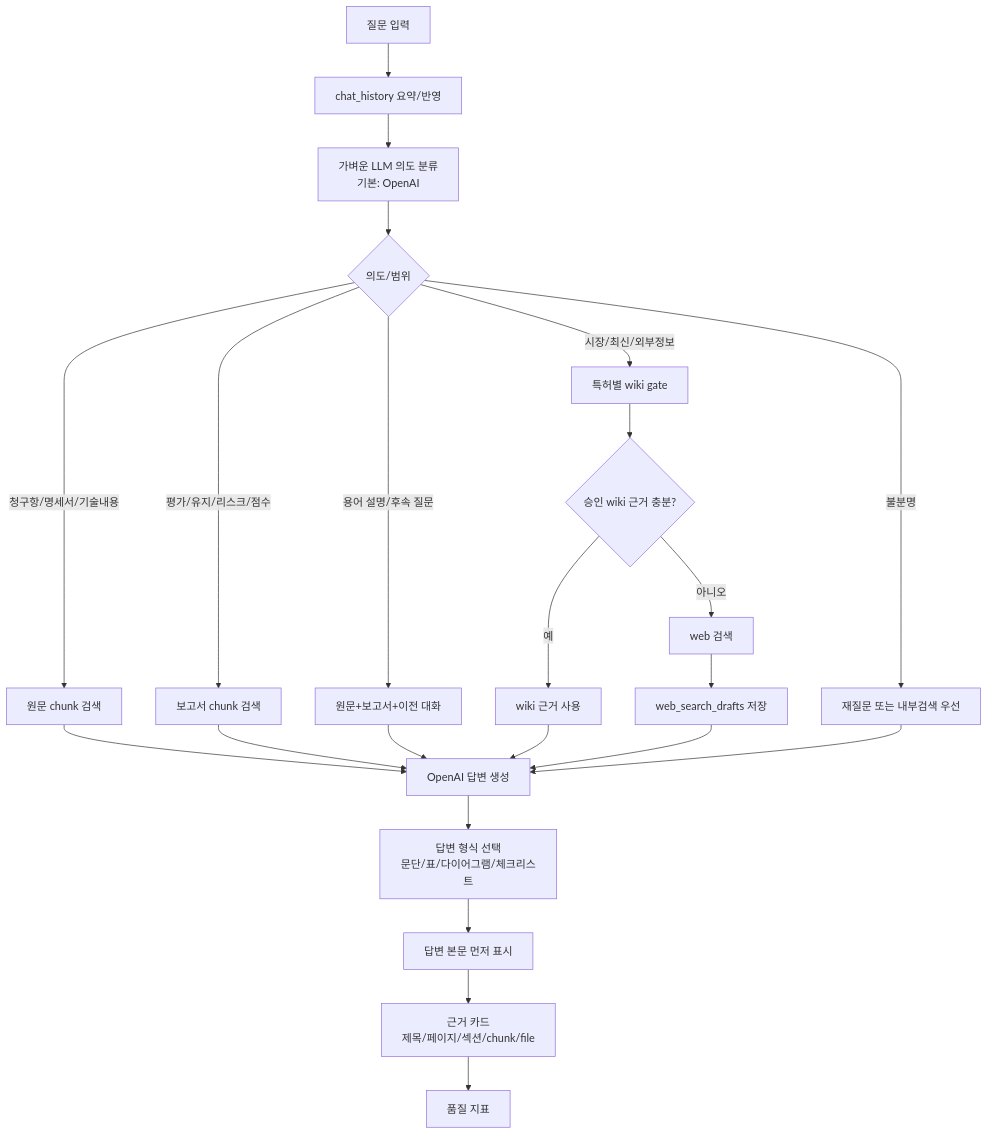
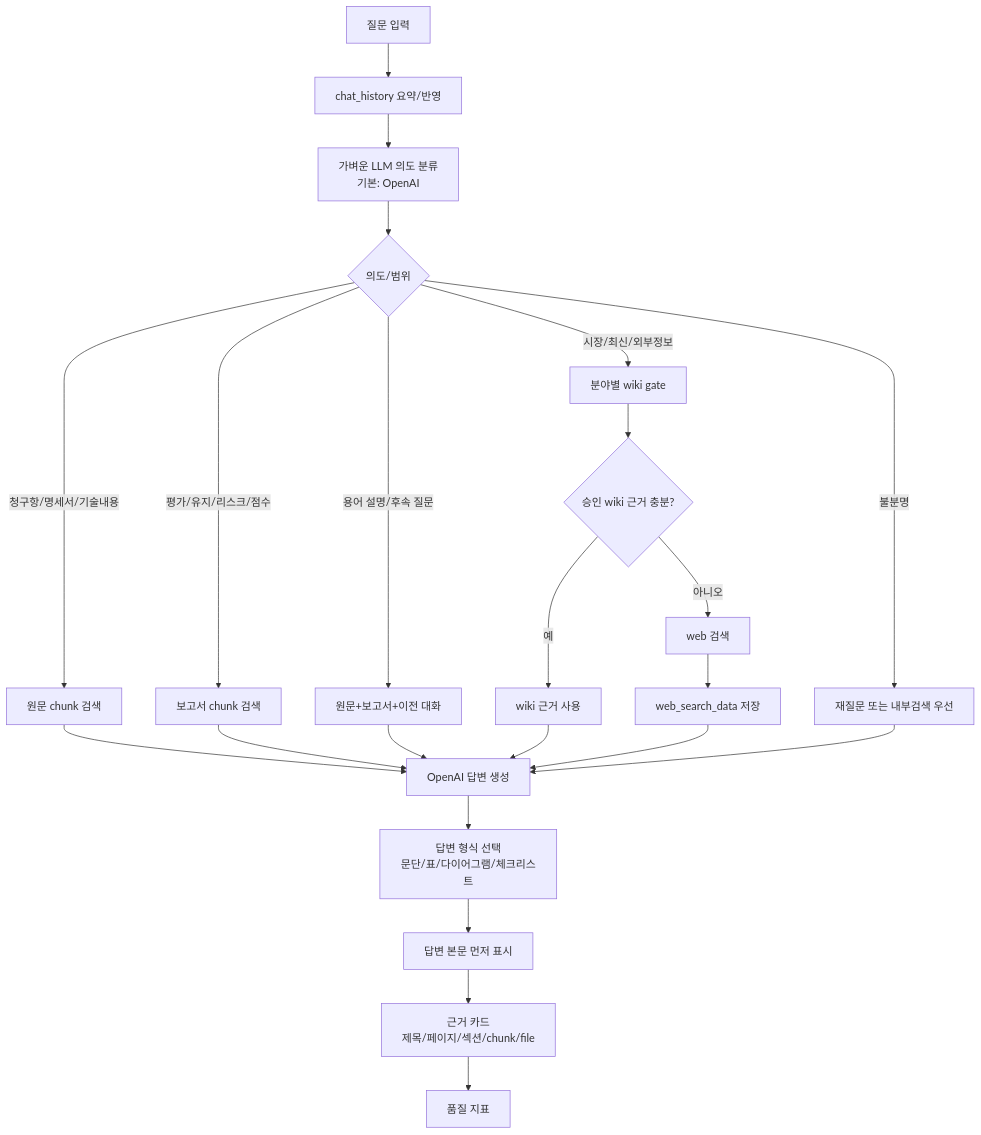
One commit to skipers/skipa-ai-server changed the second of 4 diagrams in chatbot/docs/CHATBOT_ARCHITECTURE_AND_USAGE.md. Above: the diagram before and after it, drawn with Mermaid. The commit also changed other lines of this file and 6 other files, not shown here.

````diff
--- a/chatbot/docs/CHATBOT_ARCHITECTURE_AND_USAGE.md
+++ b/chatbot/docs/CHATBOT_ARCHITECTURE_AND_USAGE.md
@@ -124,27 +137,27 @@
 ```mermaid
 flowchart TD
   Q[질문 입력] --> H[chat_history 요약/반영]
   H --> I[가벼운 LLM 의도 분류<br/>기본: OpenAI]
   I --> C{의도/범위}
   C -->|청구항/명세서/기술내용| CORE[원문 chunk 검색]
   C -->|평가/유지/리스크/점수| REPORT[보고서 chunk 검색]
   C -->|용어 설명/후속 질문| MIX[원문+보고서+이전 대화]
-  C -->|시장/최신/외부정보| WIKI[특허별 wiki gate]
+  C -->|시장/최신/외부정보| WIKI[분야별 wiki gate]
   C -->|불분명| CLARIFY[재질문 또는 내부검색 우선]
 
   WIKI --> WS{승인 wiki 근거 충분?}
   WS -->|예| WANS[wiki 근거 사용]
   WS -->|아니오| WEB[web 검색]
-  WEB --> DRAFT[web_search_drafts 저장]
+  WEB --> DRAFT[web_search_data 저장]
 
   CORE --> GEN[OpenAI 답변 생성]
   REPORT --> GEN
   MIX --> GEN
   WANS --> GEN
   DRAFT --> GEN
   CLARIFY --> GEN
   GEN --> FORMAT[답변 형식 선택<br/>문단/표/다이어그램/체크리스트]
   FORMAT --> OUT[답변 본문 먼저 표시]
   OUT --> SRC[근거 카드<br/>제목/페이지/섹션/chunk/file]
   SRC --> SCORE[품질 지표]
 ```
````
